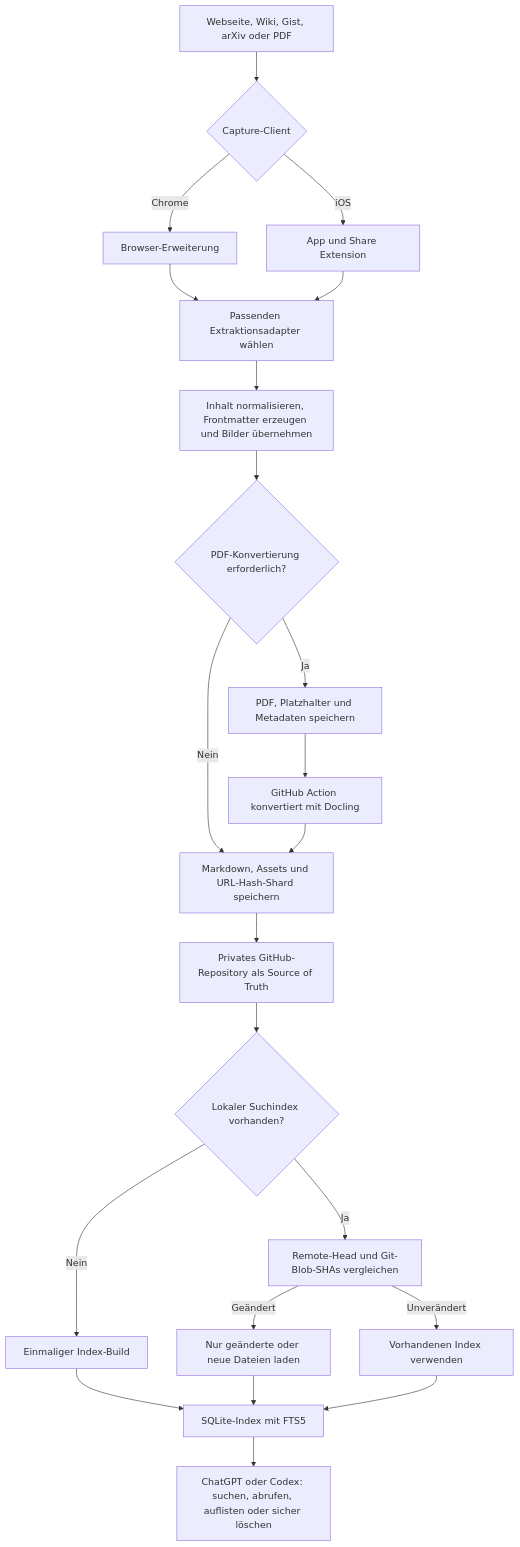
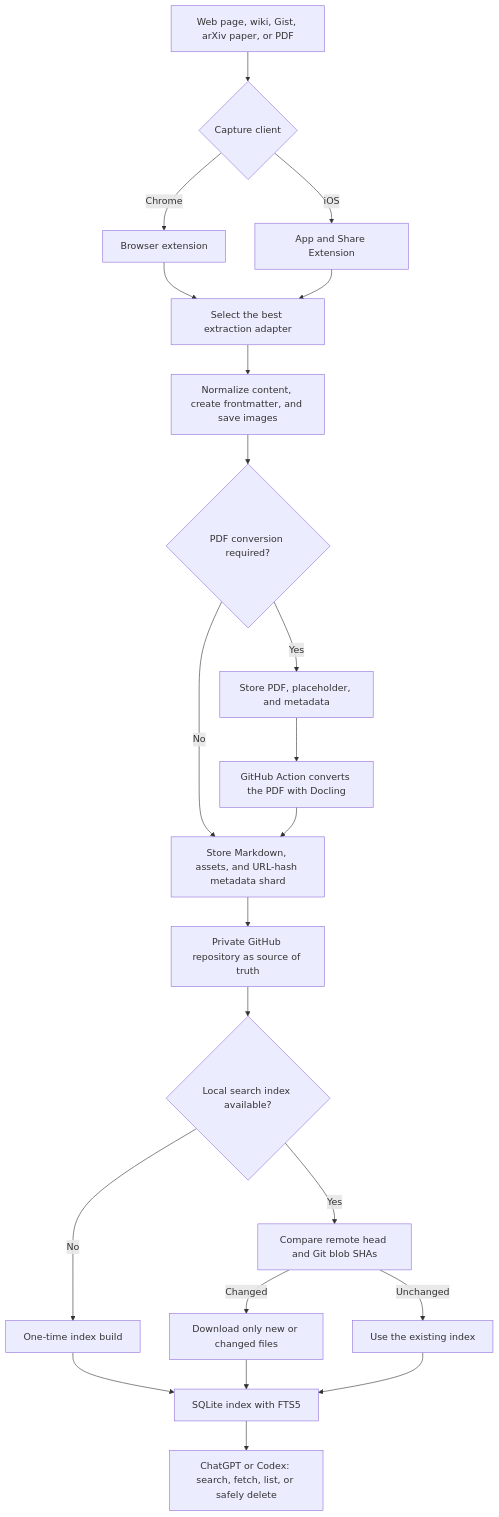
One commit to patrickschiller/sourcebraid changed the diagram in README.md. Above: the diagram before and after it, drawn with Mermaid. The commit also changed other lines of this file and 1 other file, not shown here.

````diff
--- a/README.md
+++ b/README.md
@@ -11,24 +27,24 @@
 ```mermaid
 flowchart TD
-    A["Webseite, Wiki, Gist, arXiv oder PDF"] --> B{"Capture-Client"}
-    B -->|Chrome| C["Browser-Erweiterung"]
-    B -->|iOS| D["App und Share Extension"]
-    C --> E["Passenden Extraktionsadapter wählen"]
+    A["Web page, wiki, Gist, arXiv paper, or PDF"] --> B{"Capture client"}
+    B -->|Chrome| C["Browser extension"]
+    B -->|iOS| D["App and Share Extension"]
+    C --> E["Select the best extraction adapter"]
     D --> E
-    E --> F["Inhalt normalisieren, Frontmatter erzeugen und Bilder übernehmen"]
-    F --> G{"PDF-Konvertierung erforderlich?"}
-    G -->|Nein| H["Markdown, Assets und URL-Hash-Shard speichern"]
-    G -->|Ja| I["PDF, Platzhalter und Metadaten speichern"]
-    I --> J["GitHub Action konvertiert mit Docling"]
+    E --> F["Normalize content, create frontmatter, and save images"]
+    F --> G{"PDF conversion required?"}
+    G -->|No| H["Store Markdown, assets, and URL-hash metadata shard"]
+    G -->|Yes| I["Store PDF, placeholder, and metadata"]
+    I --> J["GitHub Action converts the PDF with Docling"]
     J --> H
-    H --> K["Privates GitHub-Repository als Source of Truth"]
-    K --> L{"Lokaler Suchindex vorhanden?"}
-    L -->|Nein| M["Einmaliger Index-Build"]
-    L -->|Ja| N["Remote-Head und Git-Blob-SHAs vergleichen"]
-    N -->|Geändert| O["Nur geänderte oder neue Dateien laden"]
-    N -->|Unverändert| P["Vorhandenen Index verwenden"]
-    M --> Q["SQLite-Index mit FTS5"]
+    H --> K["Private GitHub repository as source of truth"]
+    K --> L{"Local search index available?"}
+    L -->|No| M["One-time index build"]
+    L -->|Yes| N["Compare remote head and Git blob SHAs"]
+    N -->|Changed| O["Download only new or changed files"]
+    N -->|Unchanged| P["Use the existing index"]
+    M --> Q["SQLite index with FTS5"]
     O --> Q
     P --> Q
-    Q --> R["ChatGPT oder Codex: suchen, abrufen, auflisten oder sicher löschen"]
+    Q --> R["ChatGPT or Codex: search, fetch, list, or safely delete"]
 ```
````
